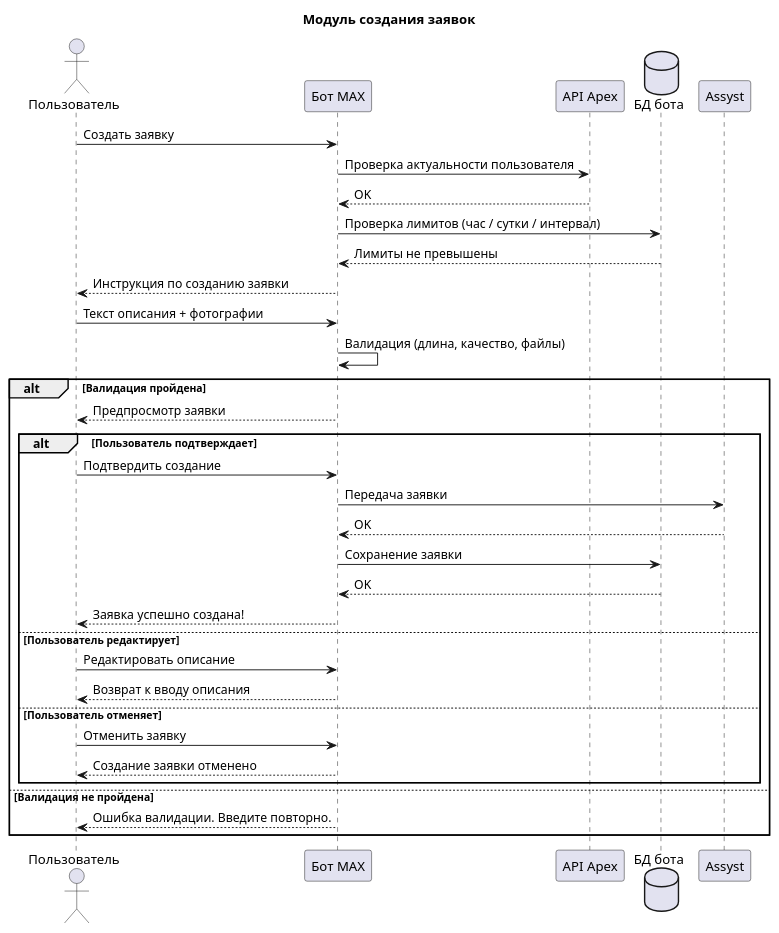
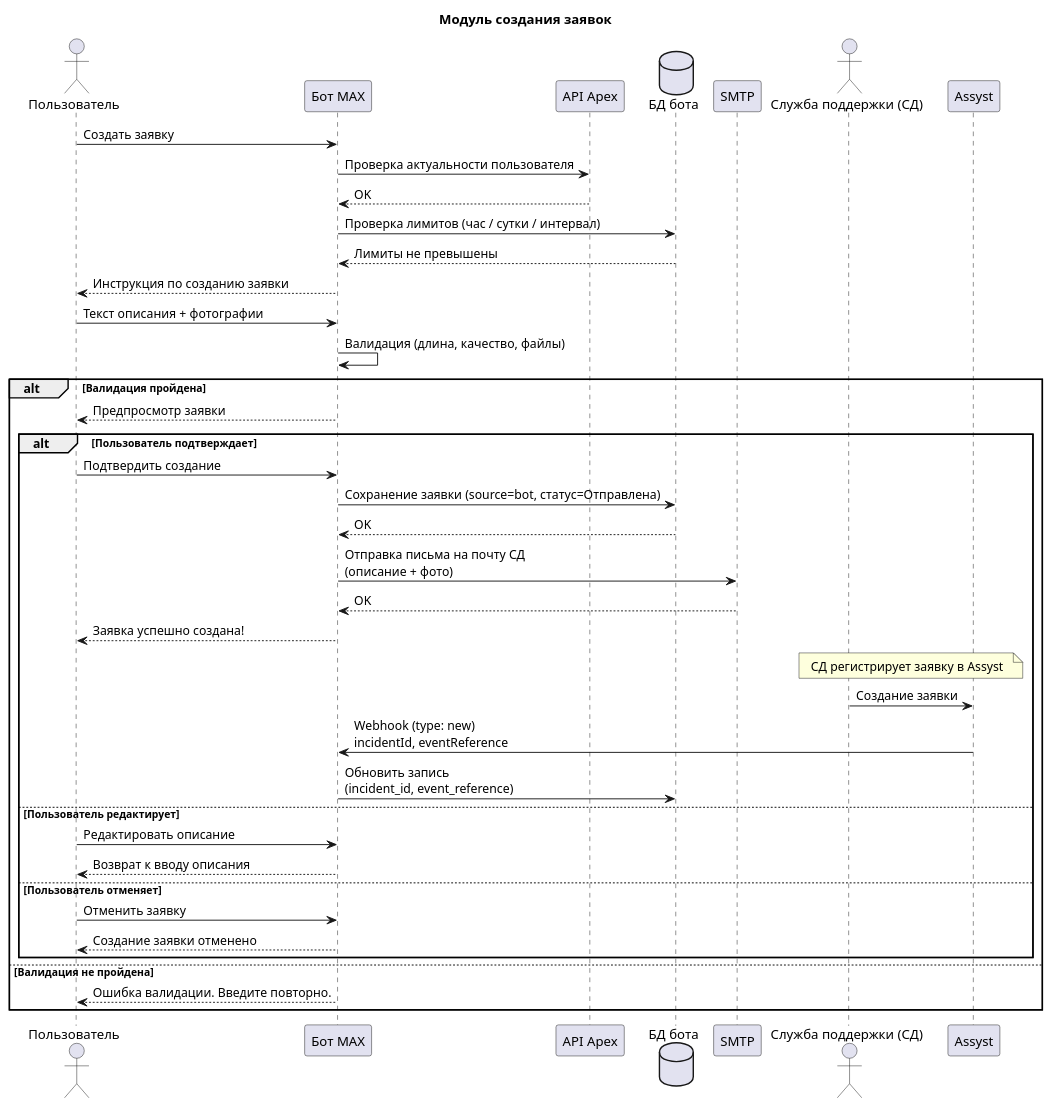
The fourth of 10 diagrams in ТЗ_Telegram_Бот_Assyst.md (vardanyan4ik-hubr/test), drawn with PlantUML before and after one commit. The commit also changed other lines of this file, not shown here.

Commit message:
docs: исправлен поток создания заявки — через почту СД, не напрямую в Assyst
Ключевое изменение: бот НЕ создаёт заявки в Assyst напрямую.
Поток: Пользователь -> Бот -> Email на почту СД -> СД регистрирует в Assyst -> Webhook type:new обратно боту.

- Архитектура (1.3): SMTP теперь включает отправку заявок на почту СД
- Потоки (1.4): Создание заявки = MAX -> Бот -> SMTP (почта СД) -> СД -> Assyst
- Создание заявки (5.4): бот формирует письмо и отправляет на почту СД через SMTP
- PlantUML диаграмма (5.5): добавлены участники SMTP/СД/Assyst, показан полный цикл до получения webhook
- Webhook new (8.2.3): уточнена логика сопоставления предварительной записи (source=bot) с входящим webhook

````diff
--- a/ТЗ_Telegram_Бот_Assyst.md
+++ b/ТЗ_Telegram_Бот_Assyst.md
@@ -383,47 +383,54 @@
 ```plantuml
 @startuml
 title Модуль создания заявок
 
 actor "Пользователь" as U
 participant "Бот MAX" as B
 participant "API Apex" as A
 database "БД бота" as DB
+participant "SMTP" as S
+actor "Служба поддержки (СД)" as SD
 participant "Assyst" as AS
 
 U -> B : Создать заявку
 B -> A : Проверка актуальности пользователя
 A --> B : OK
 B -> DB : Проверка лимитов (час / сутки / интервал)
 DB --> B : Лимиты не превышены
 
 B --> U : Инструкция по созданию заявки
 
 U -> B : Текст описания + фотографии
 B -> B : Валидация (длина, качество, файлы)
 
 alt Валидация пройдена
     B --> U : Предпросмотр заявки
 
     alt Пользователь подтверждает
         U -> B : Подтвердить создание
-        B -> AS : Передача заявки
-        AS --> B : OK
-        B -> DB : Сохранение заявки
+        B -> DB : Сохранение заявки (source=bot, статус=Отправлена)
         DB --> B : OK
+        B -> S : Отправка письма на почту СД\n(описание + фото)
+        S --> B : OK
         B --> U : Заявка успешно создана!
+
+        note over SD, AS : СД регистрирует заявку в Assyst
+        SD -> AS : Создание заявки
+        AS -> B : Webhook (type: new)\nincidentId, eventReference
+        B -> DB : Обновить запись\n(incident_id, event_reference)
 
     else Пользователь редактирует
         U -> B : Редактировать описание
         B --> U : Возврат к вводу описания
 
     else Пользователь отменяет
         U -> B : Отменить заявку
         B --> U : Создание заявки отменено
     end
 
 else Валидация не пройдена
     B --> U : Ошибка валидации. Введите повторно.
 end
 
 @enduml
 ```
````
